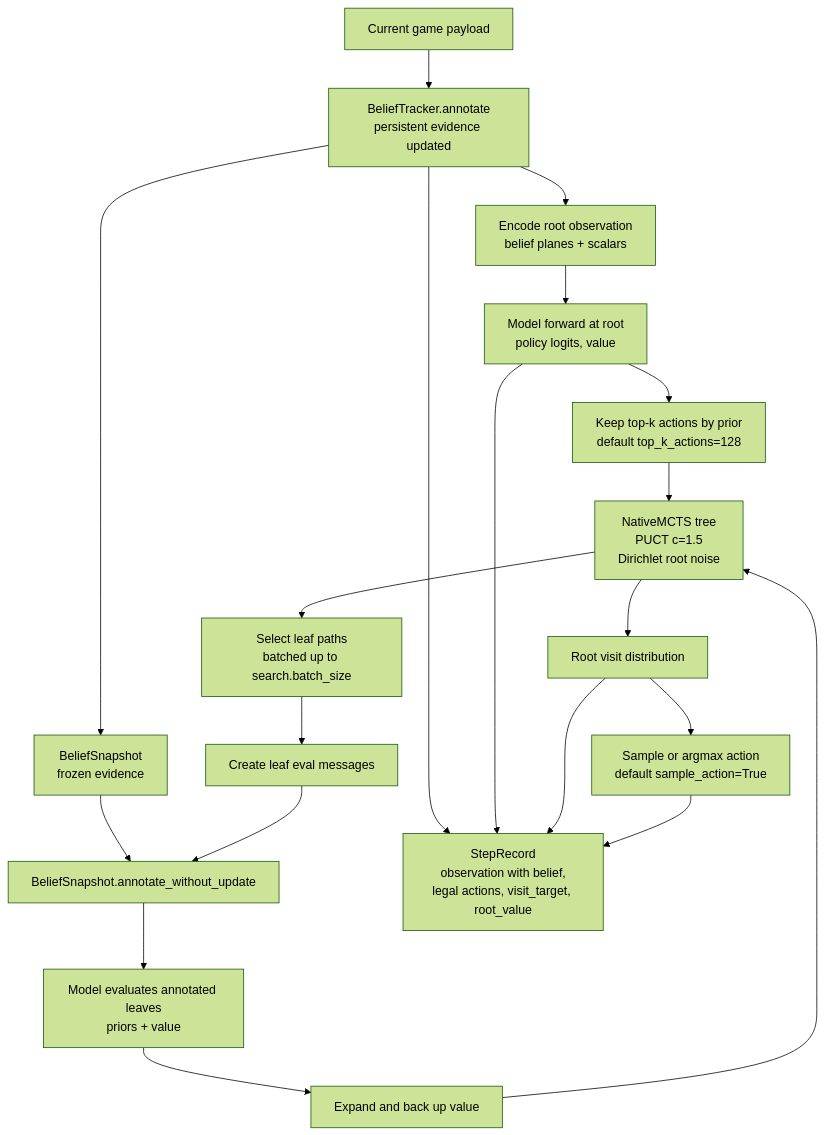
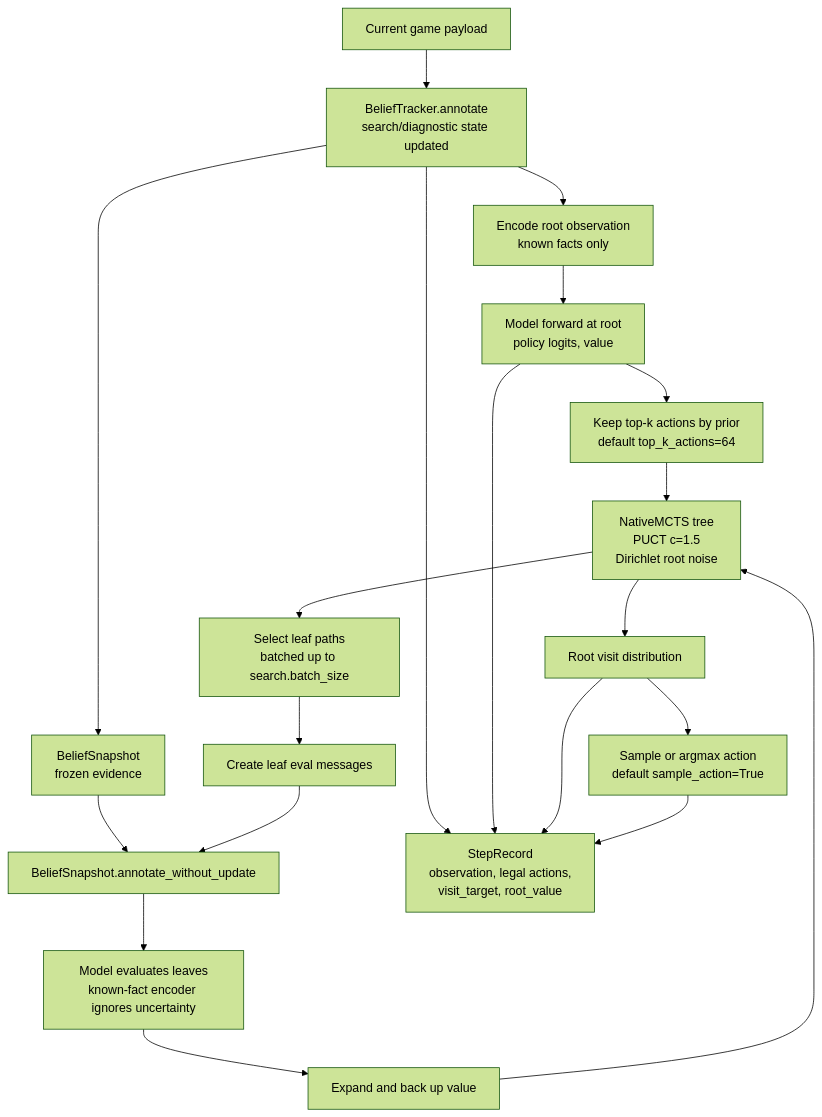
One commit to aHighHooman/MCTS-Topia changed the fourth of 5 diagrams in docs/hybrid-rl-model-architecture.md. Above: the diagram before and after it, drawn with Mermaid (forest theme). The commit also changed other lines of this file and 9 other files, not shown here.

````diff
--- a/docs/hybrid-rl-model-architecture.md
+++ b/docs/hybrid-rl-model-architecture.md
@@ -221,28 +223,28 @@
 ```mermaid
 flowchart TB
     Current["Current game payload"]
-    RootBelief["BeliefTracker.annotate<br/>persistent evidence updated"]
-    EncRoot["Encode root observation<br/>belief planes + scalars"]
+    RootBelief["BeliefTracker.annotate<br/>search/diagnostic state updated"]
+    EncRoot["Encode root observation<br/>known facts only"]
     RootForward["Model forward at root<br/>policy logits, value"]
     Snapshot["BeliefSnapshot<br/>frozen evidence"]
-    TopK["Keep top-k actions by prior<br/>default top_k_actions=128"]
+    TopK["Keep top-k actions by prior<br/>default top_k_actions=64"]
     Tree["NativeMCTS tree<br/>PUCT c=1.5<br/>Dirichlet root noise"]
     Select["Select leaf paths<br/>batched up to search.batch_size"]
     LeafMsgs["Create leaf eval messages"]
     LeafBelief["BeliefSnapshot.annotate_without_update"]
-    LeafEval["Model evaluates annotated leaves<br/>priors + value"]
+    LeafEval["Model evaluates leaves<br/>known-fact encoder ignores uncertainty"]
     Backup["Expand and back up value"]
     Visits["Root visit distribution"]
     Sample["Sample or argmax action<br/>default sample_action=True"]
-    Record["StepRecord<br/>observation with belief,<br/>legal actions, visit_target, root_value"]
+    Record["StepRecord<br/>observation, legal actions,<br/>visit_target, root_value"]
 
     Current --> RootBelief --> EncRoot --> RootForward --> TopK --> Tree
     RootBelief --> Snapshot
     Snapshot --> LeafBelief
     Tree --> Select --> LeafMsgs --> LeafBelief --> LeafEval --> Backup --> Tree
     Tree --> Visits --> Sample
     RootBelief --> Record
     RootForward --> Record
     Visits --> Record
     Sample --> Record
 ```
````
